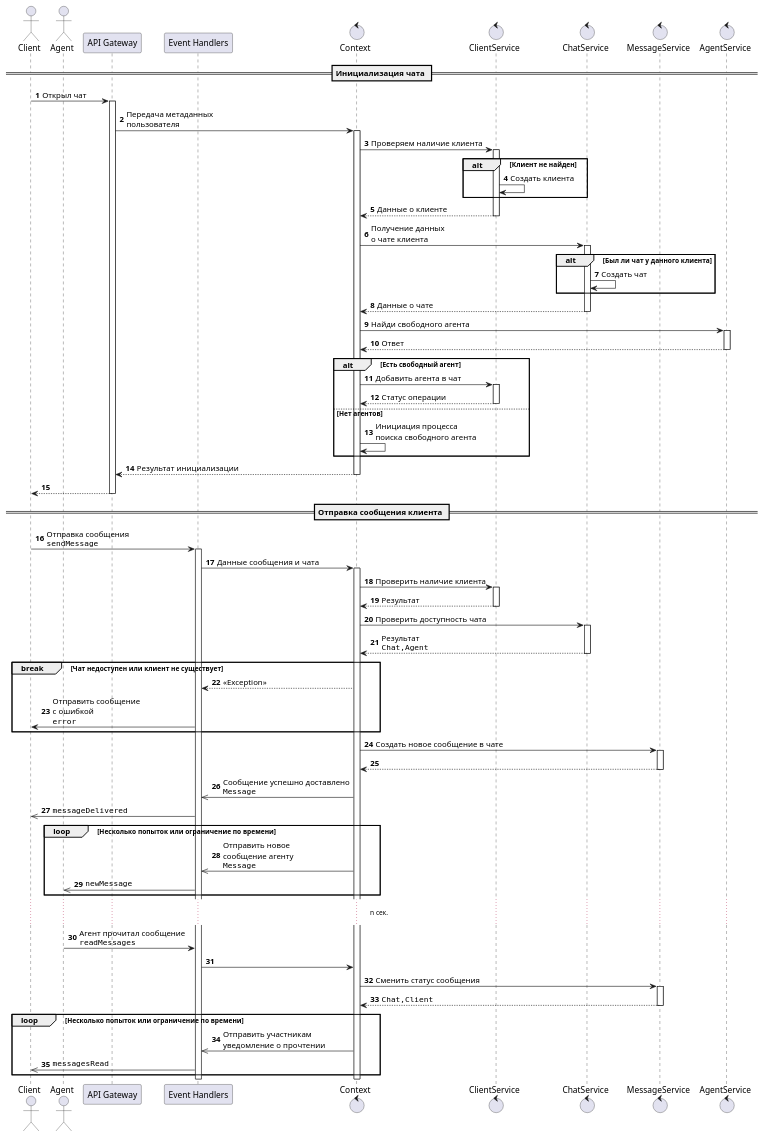
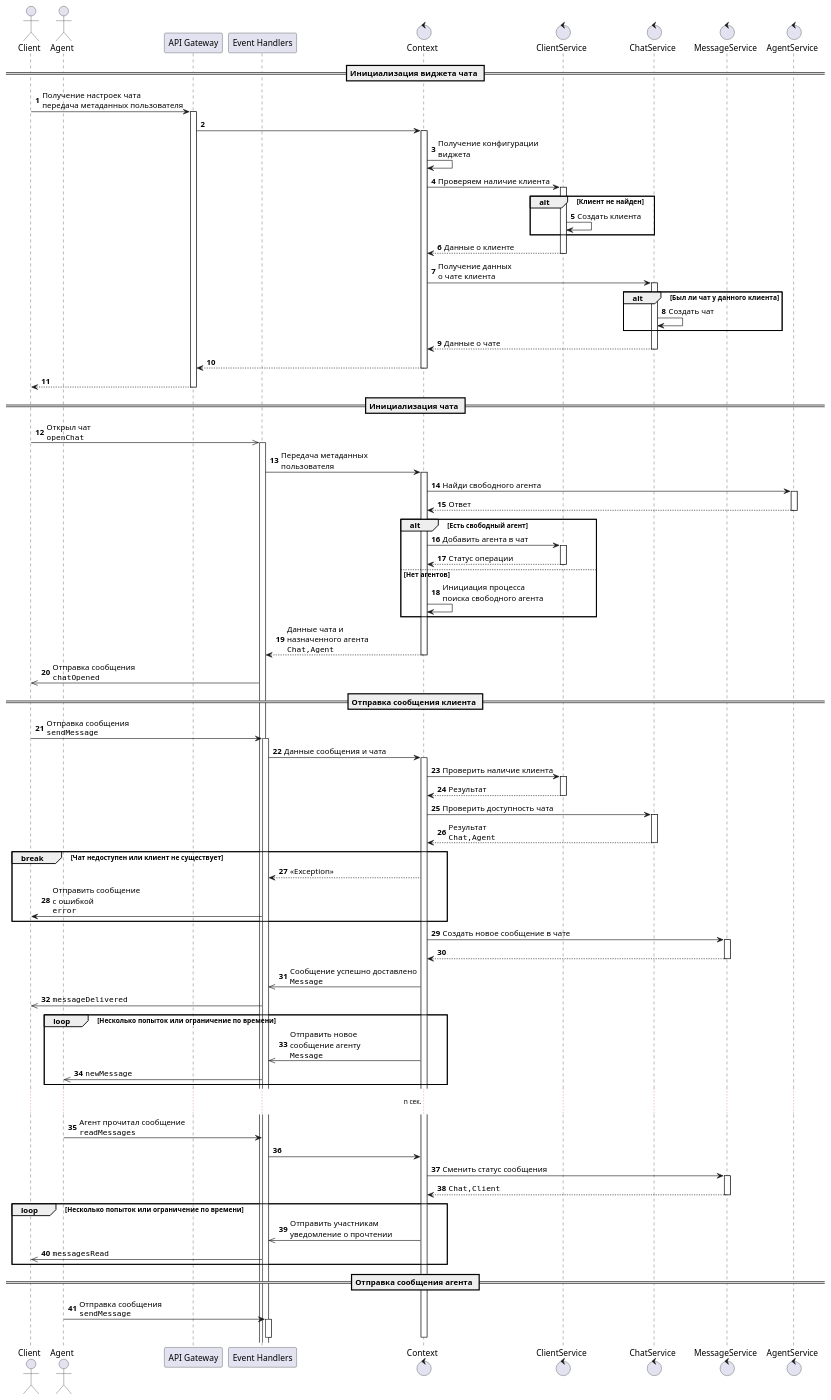
Before and after one commit to ygnez/chat: the diagram in diagrams/sequence.puml, drawn with PlantUML.

```diff
--- a/diagrams/sequence.puml
+++ b/diagrams/sequence.puml
@@ -1,90 +1,107 @@
 @startuml
 
 autonumber
 
 actor Client as C
 actor Agent as A
 
 participant "API Gateway" as API
 participant "Event Handlers" as E
 
 control "Context" as X
 control "ClientService" as CS
 control "ChatService" as HS
 control "MessageService" as MS
 control "AgentService" as AS
 
-== Инициализация чата ==
+== Инициализация виджета чата ==
 
-C -> API++: Открыл чат
-API -> X++: Передача метаданных\nпользователя
+C -> API++: Получение настроек чата\nпередача метаданных пользователя
+
+API -> X++
+
+X -> X: Получение конфигурации\nвиджета
 
 X -> CS++: Проверяем наличие клиента
 alt Клиент не найден
   CS -> CS: Создать клиента
 end
 CS --> X--: Данные о клиенте
 
 X -> HS++: Получение данных\nо чате клиента
 alt Был ли чат у данного клиента
   HS -> HS: Создать чат
 end
 HS --> X--: Данные о чате
 
+X --> API--
+
+API --> C--
+
+== Инициализация чата ==
+
+C ->> E++: Открыл чат\n""openChat""
+E -> X++: Передача метаданных\nпользователя
+
 X -> AS++: Найди свободного агента
 AS --> X--: Ответ
 
 alt Есть свободный агент
   X -> CS++: Добавить агента в чат
   CS --> X--: Статус операции
 else Нет агентов
   X -> X: Инициация процесса\nпоиска свободного агента
 end
 
-X --> API--: Результат инициализации
-API --> C--
+X --> E--: Данные чата и\nназначенного агента\n""Chat,Agent""
+
+E ->> C: Отправка сообщения\n""chatOpened""
 
 == Отправка сообщения клиента ==
 
 C -> E++: Отправка сообщения\n""sendMessage""
 
 E -> X++: Данные сообщения и чата
 
 X -> CS++: Проверить наличие клиента
 CS --> X--: Результат
 
 X -> HS++: Проверить доступность чата
 HS --> X--: Результат\n""Chat,Agent""
 
 break Чат недоступен или клиент не существует
   X --> E: << Exception >>
   E -> C: Отправить сообщение\nс ошибкой\n""error""
 end
 
 X -> MS++: Создать новое сообщение в чате
 MS --> X--
 
 X ->> E: Сообщение успешно доставлено\n""Message""
 E ->> C: ""messageDelivered""
 
 loop Несколько попыток или ограничение по времени
   X ->> E: Отправить новое\nсообщение агенту\n""Message""
   E ->> A: ""newMessage""
 end
 
 ... n сек. ...
 
 A -> E: Агент прочитал сообщение\n""readMessages""
 E -> X
 X -> MS++: Сменить статус сообщения
 MS --> X--: ""Chat,Client""
 
 loop Несколько попыток или ограничение по времени
   X ->> E: Отправить участникам\nуведомление о прочтении
   E ->> C: ""messagesRead""
 end
 
+== Отправка сообщения агента ==
+
+A -> E++: Отправка сообщения\n""sendMessage""
+
 deactivate X
 deactivate E
 
 @enduml
```
